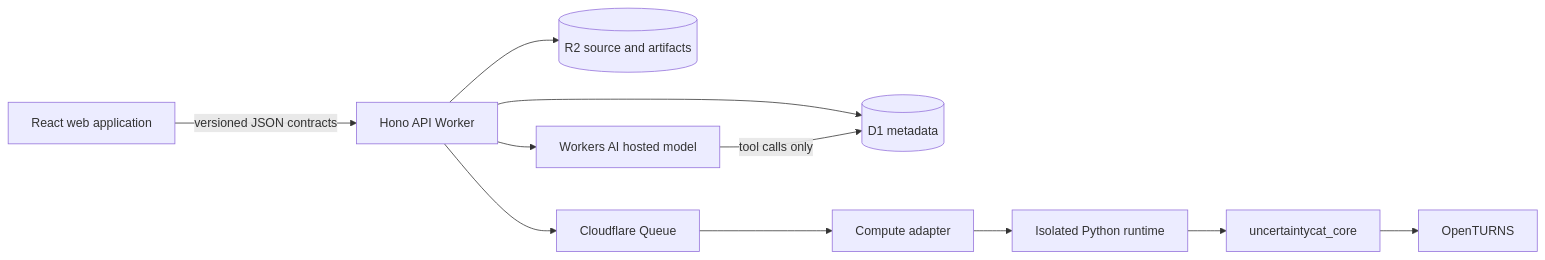
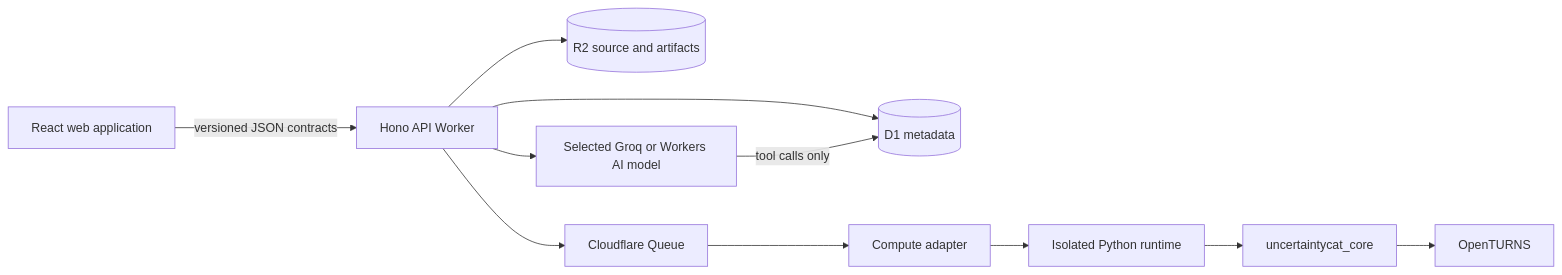
The first of 2 diagrams in docs/ARCHITECTURE.md (MLegkovskis/UncertaintyCat), drawn with Mermaid before and after one commit. The commit also changed other lines of this file and 27 other files, not shown here.

````diff
--- a/docs/ARCHITECTURE.md
+++ b/docs/ARCHITECTURE.md
@@ -10,13 +10,13 @@
 ```mermaid
 flowchart LR
   W[React web application] -->|versioned JSON contracts| A[Hono API Worker]
   A --> D[(D1 metadata)]
   A --> R[(R2 source and artifacts)]
   A --> Q[Cloudflare Queue]
   Q --> C[Compute adapter]
   C --> S[Isolated Python runtime]
   S --> U[uncertaintycat_core]
   U --> O[OpenTURNS]
-  A --> G[Workers AI hosted model]
+  A --> G[Selected Groq or Workers AI model]
   G -->|tool calls only| D
 ```
````
